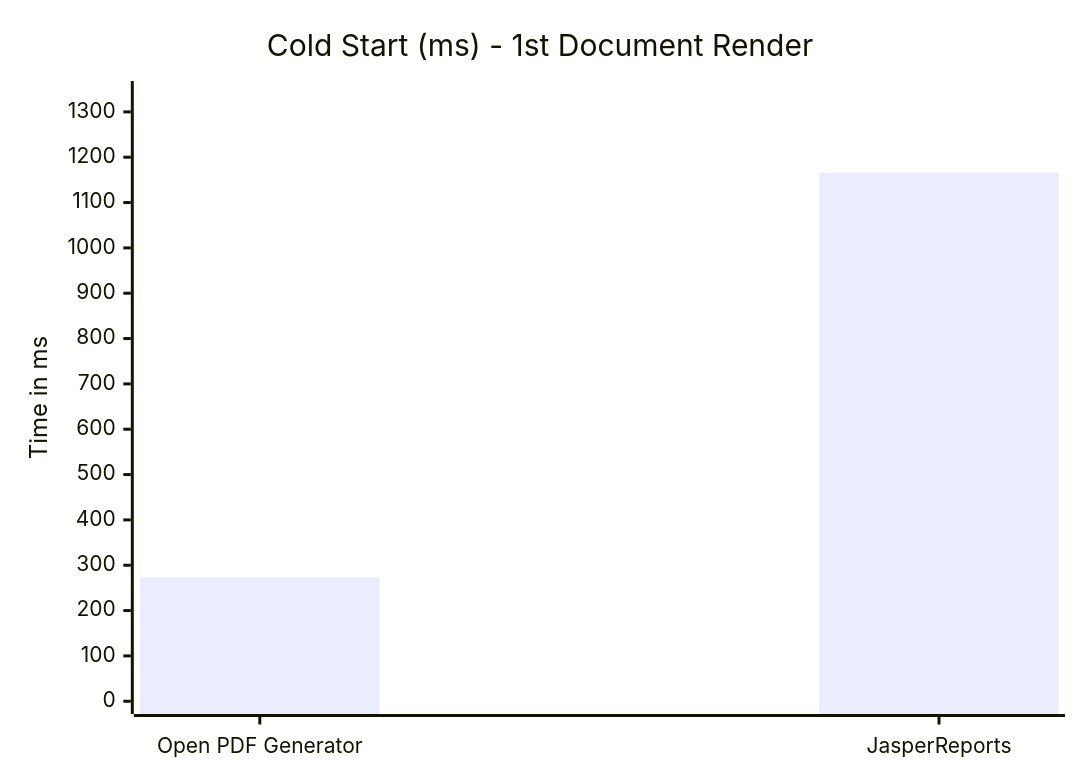
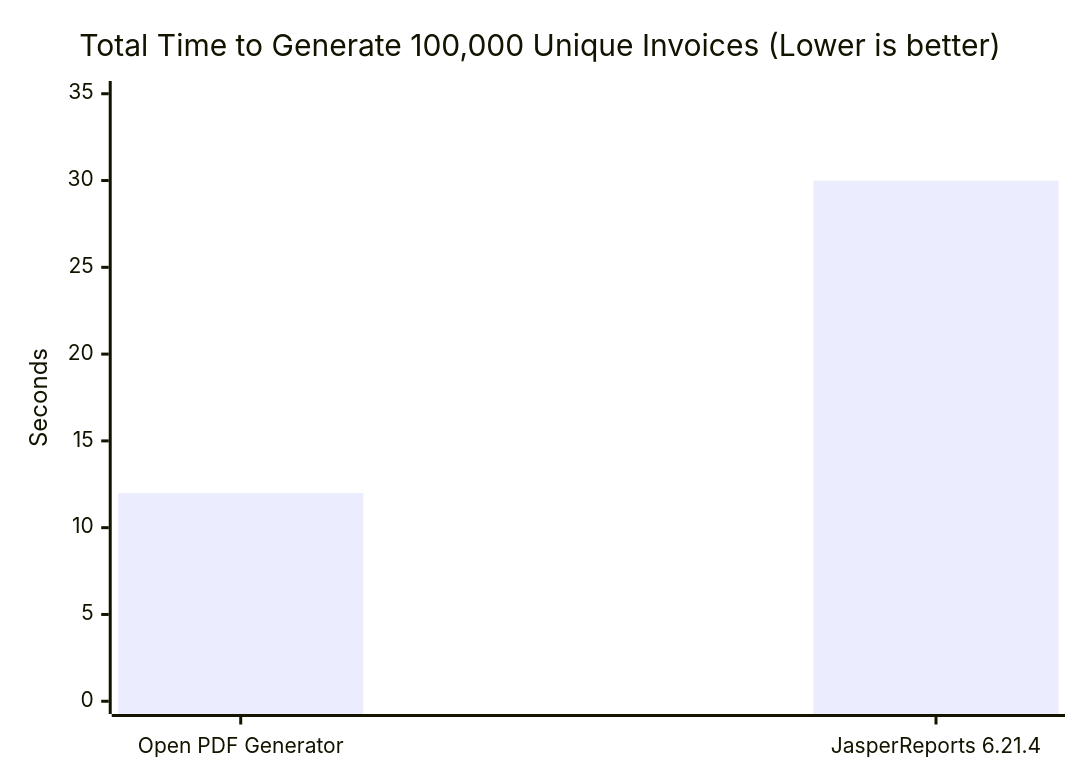
One commit to adilsoncruz/open-pdf-generator changed the first of 3 diagrams in docs/lib/benchmark.md. Above: the diagram before and after it, drawn with Mermaid. The commit also changed other lines of this file and 3 other files, not shown here.

````diff
--- a/docs/lib/benchmark.md
+++ b/docs/lib/benchmark.md
@@ -110,7 +51,7 @@
 ```mermaid
 xychart-beta
-    title "Cold Start (ms) - 1st Document Render"
-    x-axis ["Open PDF Generator", "JasperReports"]
-    y-axis "Time in ms" 0 --> 1340
-    bar [273, 1166]
+    title "Total Time to Generate 100,000 Unique Invoices (Lower is better)"
+    x-axis ["Open PDF Generator", "JasperReports 6.21.4"]
+    y-axis "Seconds" 0 --> 35
+    bar [12, 30]
 ```
````
